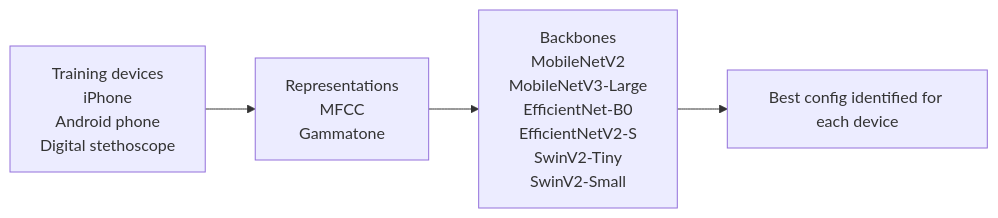
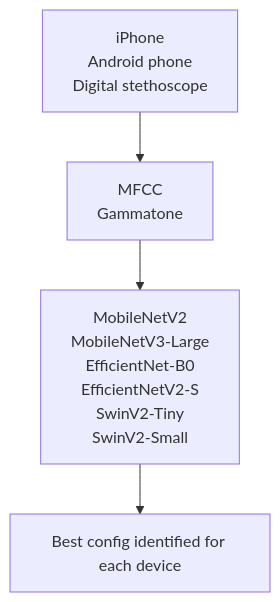
The first of 3 diagrams in README.md (anywheredoor/phonocardiogram-lvef-deeplearning), drawn with Mermaid before and after one commit. The commit also changed other lines of this file, not shown here.

Commit message:
Adjust README workflow layout

````diff
--- a/README.md
+++ b/README.md
@@ -104,8 +104,8 @@
 ```mermaid
-flowchart LR
-    A["Training devices<br/>iPhone<br/>Android phone<br/>Digital stethoscope"]
-    B["Representations<br/>MFCC<br/>Gammatone"]
-    C["Backbones<br/>MobileNetV2<br/>MobileNetV3-Large<br/>EfficientNet-B0<br/>EfficientNetV2-S<br/>SwinV2-Tiny<br/>SwinV2-Small"]
+flowchart TD
+    A["iPhone<br/>Android phone<br/>Digital stethoscope"]
+    B["MFCC<br/>Gammatone"]
+    C["MobileNetV2<br/>MobileNetV3-Large<br/>EfficientNet-B0<br/>EfficientNetV2-S<br/>SwinV2-Tiny<br/>SwinV2-Small"]
     D["Best config identified for each device"]
     A --> B --> C --> D
 ```
````
